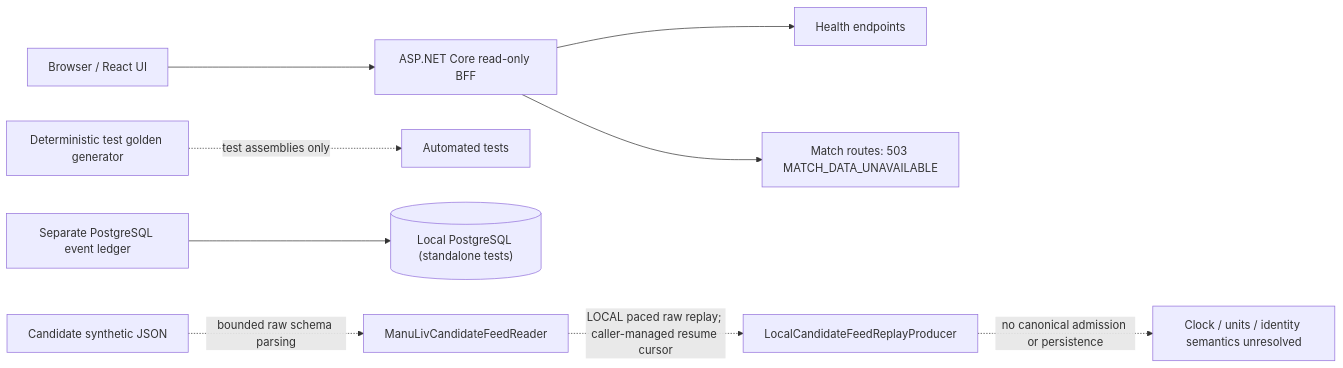
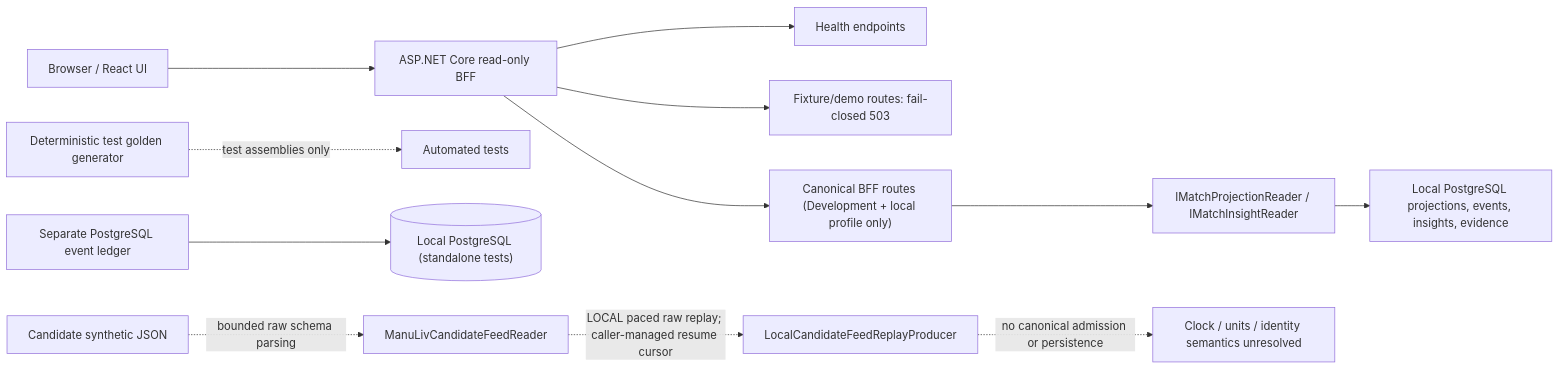
Before and after one commit to prateekgangopadhyay/PitchMind: the first of 2 diagrams in docs/architecture/02-container.md, drawn with Mermaid. The commit also changed other lines of this file and 29 other files, not shown here.

Commit message:
feat(EP06-S01): add canonical match BFF contracts

````diff
--- a/docs/architecture/02-container.md
+++ b/docs/architecture/02-container.md
@@ -7,11 +7,14 @@
 ```mermaid
 flowchart LR
   U["Browser / React UI"] --> A["ASP.NET Core read-only BFF"]
   A --> H["Health endpoints"]
-  A --> MR["Match routes: 503 MATCH_DATA_UNAVAILABLE"]
+  A --> MR["Fixture/demo routes: fail-closed 503"]
+  A --> C["Canonical BFF routes (Development + local profile only)"]
+  C --> Q["IMatchProjectionReader / IMatchInsightReader"]
+  Q --> PG["Local PostgreSQL projections, events, insights, evidence"]
   T["Deterministic test golden generator"] -. test assemblies only .-> Tests["Automated tests"]
   L["Separate PostgreSQL event ledger"] --> P[("Local PostgreSQL (standalone tests)")]
   J["Candidate synthetic JSON"] -. "bounded raw schema parsing" .-> R["ManuLivCandidateFeedReader"]
   R -. "LOCAL paced raw replay; caller-managed resume cursor" .-> RP["LocalCandidateFeedReplayProducer"]
   RP -. "no canonical admission or persistence" .-> X["Clock / units / identity semantics unresolved"]
 ```
````
